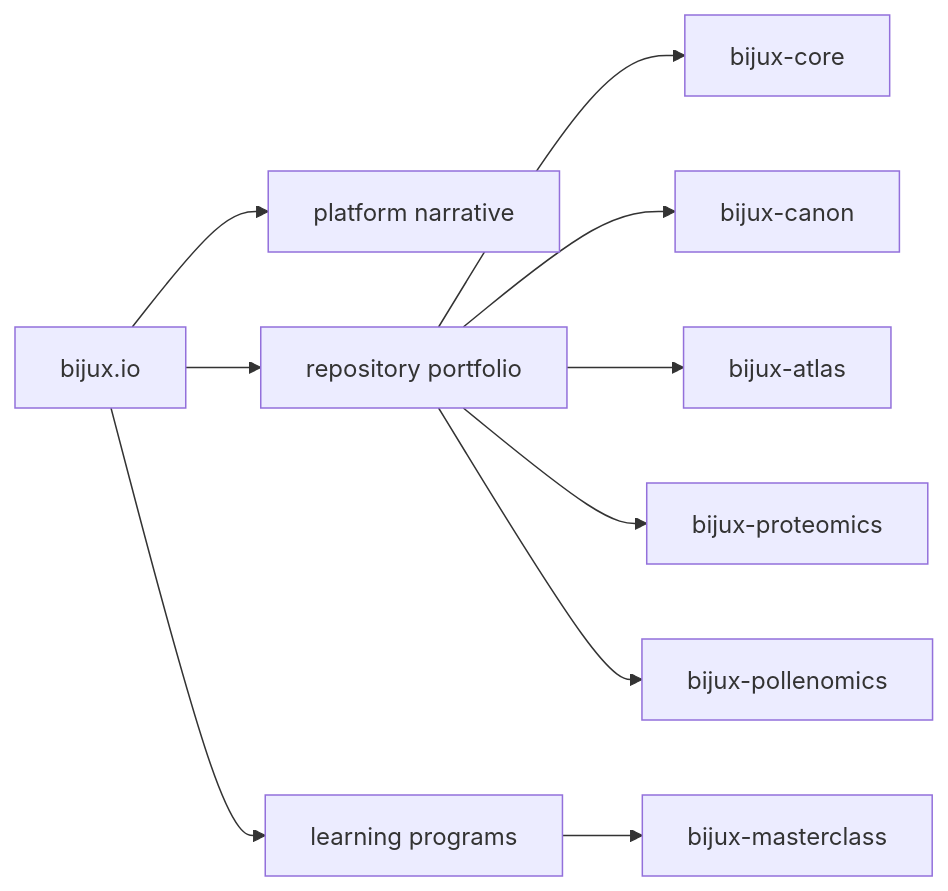
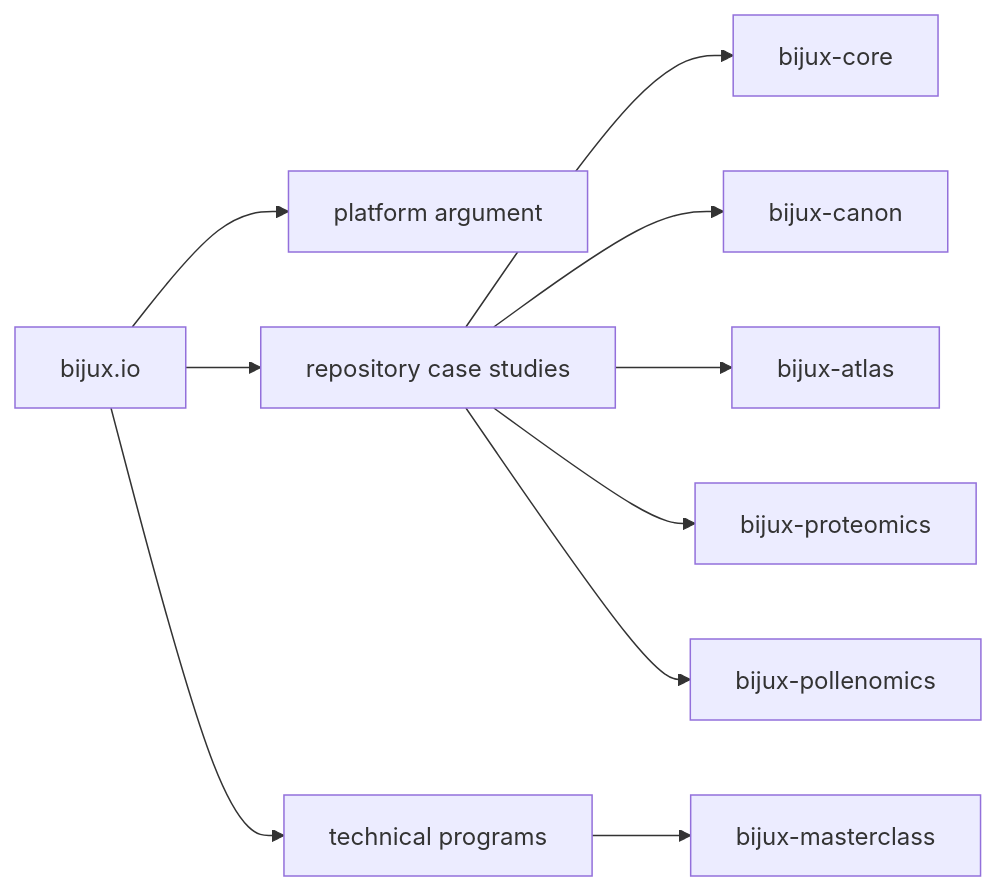
The diagram in docs/index.md (bijux/bijux.github.io), drawn with Mermaid before and after one commit. The commit also changed other lines of this file, not shown here.

Commit message:
feat(home): sharpen portfolio argument on the landing page

````diff
--- a/docs/index.md
+++ b/docs/index.md
@@ -86,22 +86,22 @@
 ```mermaid
 flowchart LR
     hub["bijux.io"]
-    platform["platform narrative"]
-    projects["repository portfolio"]
-    learning["learning programs"]
+    platform["platform argument"]
+    projects["repository case studies"]
+    learning["technical programs"]
     core["bijux-core"]
     canon["bijux-canon"]
     atlas["bijux-atlas"]
     proteomics["bijux-proteomics"]
     pollenomics["bijux-pollenomics"]
     masterclass["bijux-masterclass"]
     hub --> platform
     hub --> projects
     hub --> learning
     projects --> core
     projects --> canon
     projects --> atlas
     projects --> proteomics
     projects --> pollenomics
     learning --> masterclass
 ```
````
